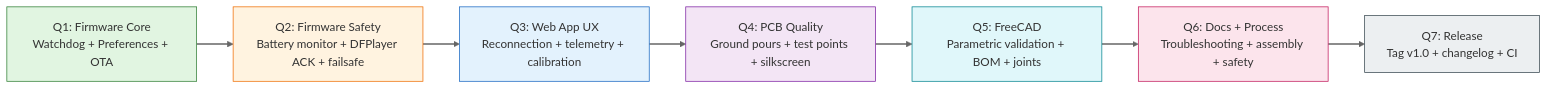
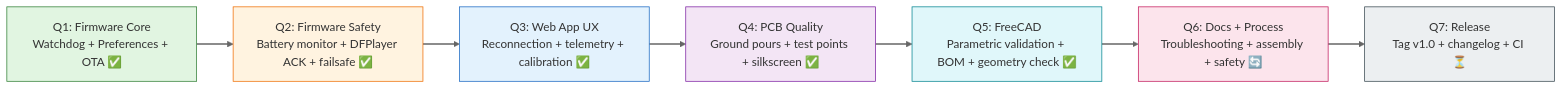
The diagram in docs/DESIGN_QUALITY_ROADMAP.md (BayazidHabibSiddikee/Super-car), drawn with Mermaid before and after one commit. The commit also changed other lines of this file and 4 other files, not shown here.

First line of the commit message:
docs: Q6 quality process complete

````diff
--- a/docs/DESIGN_QUALITY_ROADMAP.md
+++ b/docs/DESIGN_QUALITY_ROADMAP.md
@@ -18,26 +18,26 @@
 ```mermaid
 flowchart LR
-    Q1[Q1: Firmware Core<br/>Watchdog + Preferences + OTA] --> Q2
+    Q1[Q1: Firmware Core<br/>Watchdog + Preferences + OTA ✅] --> Q2
     Q1:::q1
-    Q2[Q2: Firmware Safety<br/>Battery monitor + DFPlayer ACK + failsafe] --> Q3
+    Q2[Q2: Firmware Safety<br/>Battery monitor + DFPlayer ACK + failsafe ✅] --> Q3
     Q2:::q2
-    Q3[Q3: Web App UX<br/>Reconnection + telemetry + calibration] --> Q4
+    Q3[Q3: Web App UX<br/>Reconnection + telemetry + calibration ✅] --> Q4
     Q3:::q3
-    Q4[Q4: PCB Quality<br/>Ground pours + test points + silkscreen] --> Q5
+    Q4[Q4: PCB Quality<br/>Ground pours + test points + silkscreen ✅] --> Q5
     Q4:::q4
-    Q5[Q5: FreeCAD<br/>Parametric validation + BOM + joints] --> Q6
+    Q5[Q5: FreeCAD<br/>Parametric validation + BOM + geometry check ✅] --> Q6
     Q5:::q5
-    Q6[Q6: Docs + Process<br/>Troubleshooting + assembly + safety] --> Q7
+    Q6[Q6: Docs + Process<br/>Troubleshooting + assembly + safety 🔄] --> Q7
     Q6:::q6
-    Q7[Q7: Release<br/>Tag v1.0 + changelog + CI]:::q7
+    Q7[Q7: Release<br/>Tag v1.0 + changelog + CI ⏳]:::q7
 
     classDef q1 fill:#e1f5e1,stroke:#2e7d32
     classDef q2 fill:#fff3e0,stroke:#ef6c00
     classDef q3 fill:#e3f2fd,stroke:#1565c0
     classDef q4 fill:#f3e5f5,stroke:#7b1fa2
     classDef q5 fill:#e0f7fa,stroke:#00838f
     classDef q6 fill:#fce4ec,stroke:#c2185b
     classDef q7 fill:#eceff1,stroke:#37474f
 
     linkStyle default stroke-width:2px,fill:none,stroke:#666
 ```
````
